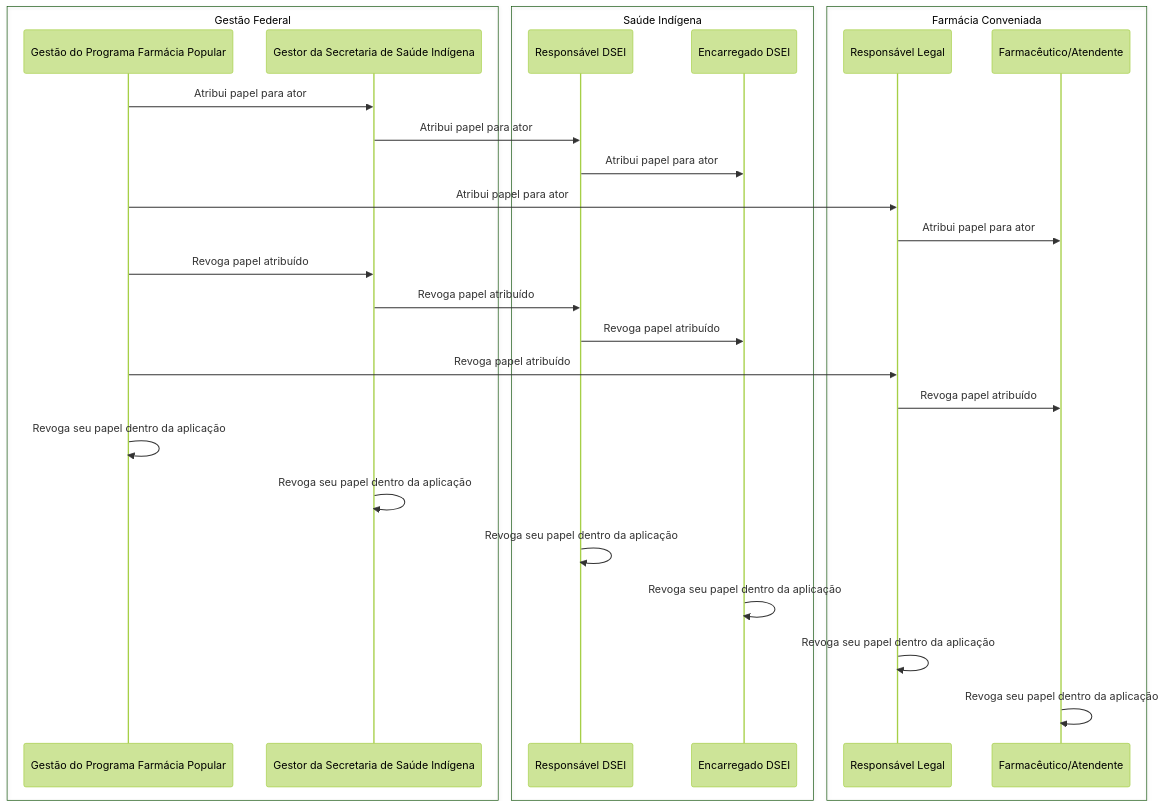
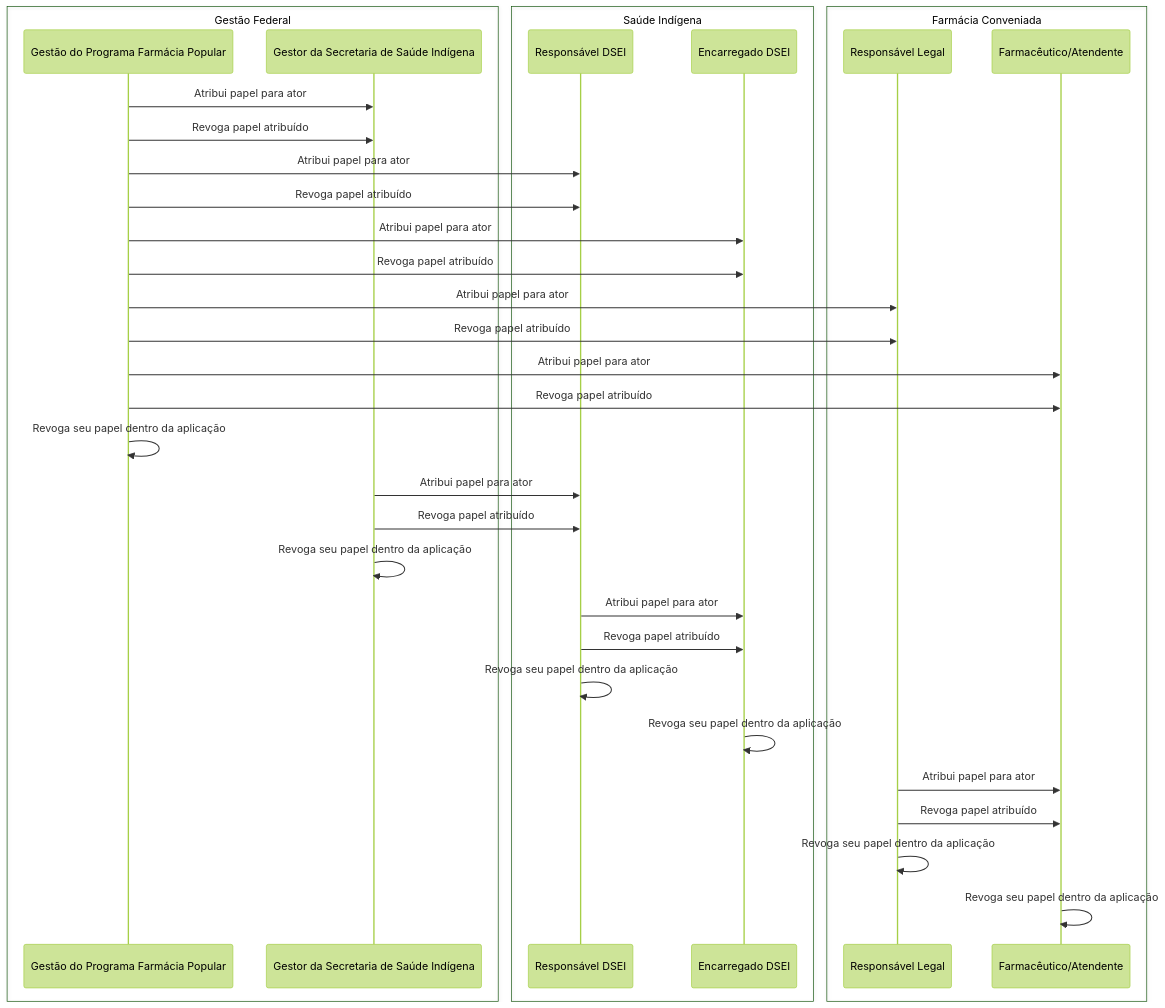
Before and after one commit to projeto-af/fpbpo-documentation: the second of 3 diagrams in docsFpbpo/docs/pifpbpo/PIFPBPO003.md, drawn with Mermaid. The commit also changed other lines of this file and 2 other files, not shown here.

````diff
--- a/docsFpbpo/docs/pifpbpo/PIFPBPO003.md
+++ b/docsFpbpo/docs/pifpbpo/PIFPBPO003.md
@@ -48,36 +49,40 @@
 ```mermaid
 %%{
   init: { 'theme': 'forest' }
 }%%
     sequenceDiagram
     box Gestão Federal
         participant Gestão do Programa Farmácia Popular
         participant Gestor da Secretaria de Saúde Indígena
     end
     box Saúde Indígena
         participant Responsável DSEI
         participant Encarregado DSEI
     end
     box Farmácia Conveniada
         participant Responsável Legal
         participant Farmacêutico/Atendente
     end
     Gestão do Programa Farmácia Popular->>Gestor da Secretaria de Saúde Indígena: Atribui papel para ator
+    Gestão do Programa Farmácia Popular->>Gestor da Secretaria de Saúde Indígena: Revoga papel atribuído
+    Gestão do Programa Farmácia Popular->>Responsável DSEI: Atribui papel para ator
+    Gestão do Programa Farmácia Popular->>Responsável DSEI: Revoga papel atribuído
+    Gestão do Programa Farmácia Popular->>Encarregado DSEI: Atribui papel para ator
+    Gestão do Programa Farmácia Popular->>Encarregado DSEI: Revoga papel atribuído
+    Gestão do Programa Farmácia Popular->>Responsável Legal: Atribui papel para ator
+    Gestão do Programa Farmácia Popular->>Responsável Legal: Revoga papel atribuído
+    Gestão do Programa Farmácia Popular->>Farmacêutico/Atendente: Atribui papel para ator
+    Gestão do Programa Farmácia Popular->>Farmacêutico/Atendente: Revoga papel atribuído
+    Gestão do Programa Farmácia Popular->>Gestão do Programa Farmácia Popular: Revoga seu papel dentro da aplicação
     Gestor da Secretaria de Saúde Indígena->>Responsável DSEI: Atribui papel para ator
+    Gestor da Secretaria de Saúde Indígena->>Responsável DSEI: Revoga papel atribuído
+    Gestor da Secretaria de Saúde Indígena->>Gestor da Secretaria de Saúde Indígena: Revoga seu papel dentro da aplicação
     Responsável DSEI->>Encarregado DSEI: Atribui papel para ator
-    Gestão do Programa Farmácia Popular->>Responsável Legal: Atribui papel para ator
-    Responsável Legal->>Farmacêutico/Atendente: Atribui papel para ator
-
-    Gestão do Programa Farmácia Popular->>Gestor da Secretaria de Saúde Indígena: Revoga papel atribuído
-    Gestor da Secretaria de Saúde Indígena->>Responsável DSEI: Revoga papel atribuído
     Responsável DSEI->>Encarregado DSEI: Revoga papel atribuído
-    Gestão do Programa Farmácia Popular->>Responsável Legal: Revoga papel atribuído
-    Responsável Legal->>Farmacêutico/Atendente: Revoga papel atribuído
-
-    Gestão do Programa Farmácia Popular->>Gestão do Programa Farmácia Popular: Revoga seu papel dentro da aplicação
-    Gestor da Secretaria de Saúde Indígena->>Gestor da Secretaria de Saúde Indígena: Revoga seu papel dentro da aplicação
     Responsável DSEI->>Responsável DSEI: Revoga seu papel dentro da aplicação
     Encarregado DSEI->>Encarregado DSEI: Revoga seu papel dentro da aplicação
+    Responsável Legal->>Farmacêutico/Atendente: Atribui papel para ator
+    Responsável Legal->>Farmacêutico/Atendente: Revoga papel atribuído
     Responsável Legal->>Responsável Legal: Revoga seu papel dentro da aplicação
     Farmacêutico/Atendente->>Farmacêutico/Atendente: Revoga seu papel dentro da aplicação
 ```
````
